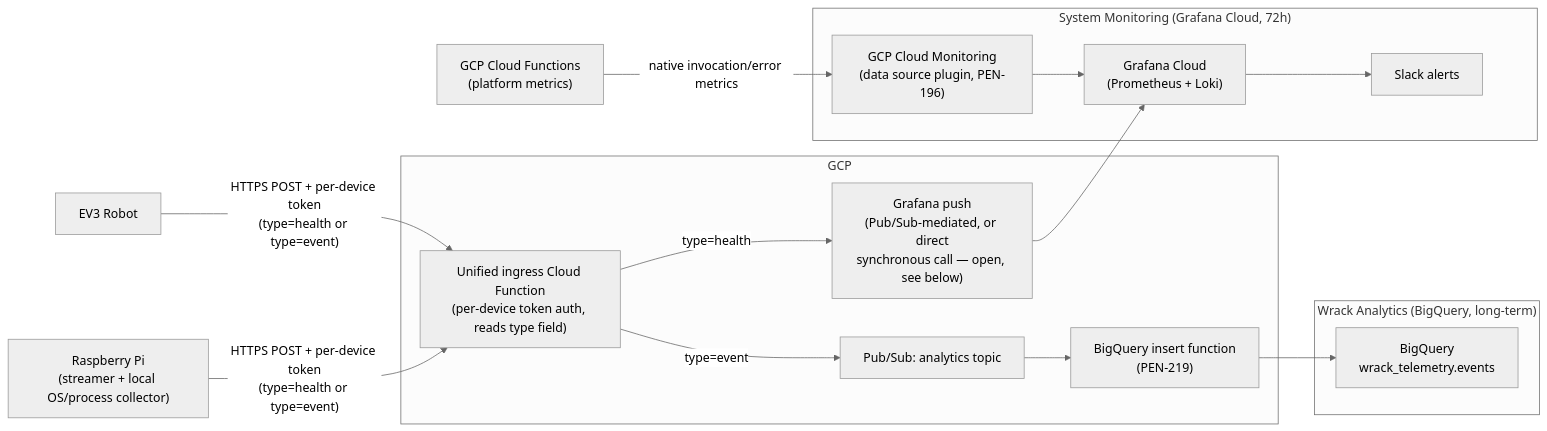
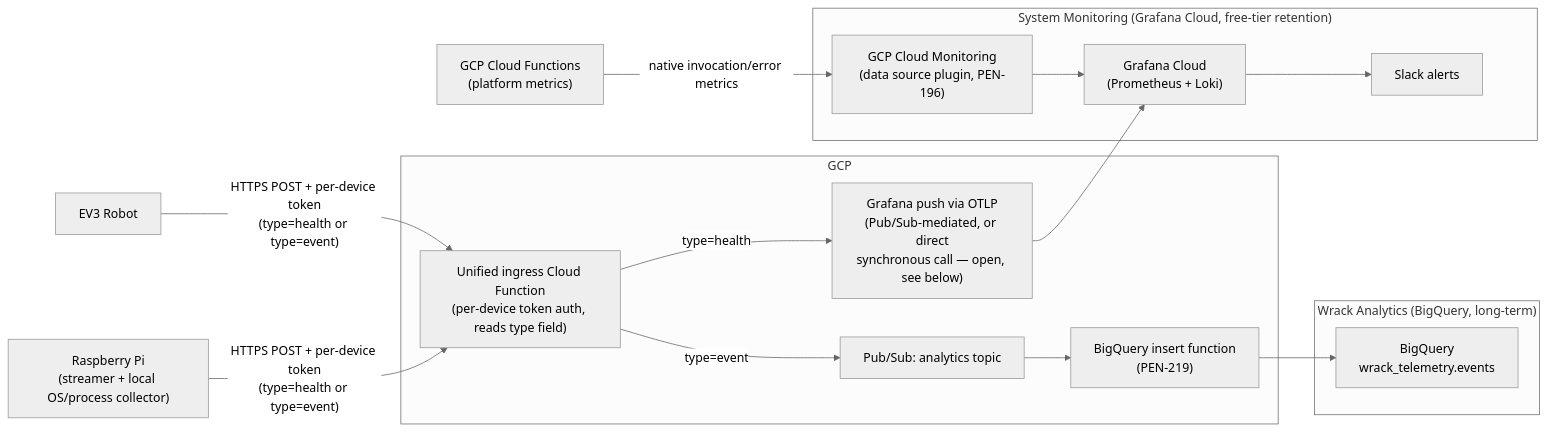
Before and after one commit to Pentagram-Software/wrack: the diagram in docs/monitoring/architecture.md, drawn with Mermaid (neutral theme). The commit also changed other lines of this file and 1 other file, not shown here.

Commit message:
ADaptation of the architecture post the architectural decisions on Grafana and GCP interaction/configuration

````diff
--- a/docs/monitoring/architecture.md
+++ b/docs/monitoring/architecture.md
@@ -31,33 +38,33 @@
 ```mermaid
 flowchart LR
     EV3["EV3 Robot"]
     Pi["Raspberry Pi\n(streamer + local OS/process collector)"]
 
     subgraph GCP["GCP"]
         Ingress["Unified ingress Cloud Function\n(per-device token auth, reads type field)"]
         TopicEvent["Pub/Sub: analytics topic"]
         FnBQ["BigQuery insert function\n(PEN-219)"]
-        FnHealth["Grafana push\n(Pub/Sub-mediated, or direct\nsynchronous call — open, see below)"]
+        FnHealth["Grafana push via OTLP\n(Pub/Sub-mediated, or direct\nsynchronous call — open, see below)"]
     end
 
-    subgraph Monitoring["System Monitoring (Grafana Cloud, 72h)"]
+    subgraph Monitoring["System Monitoring (Grafana Cloud, free-tier retention)"]
         Grafana["Grafana Cloud\n(Prometheus + Loki)"]
         GCM["GCP Cloud Monitoring\n(data source plugin, PEN-196)"]
         Slack["Slack alerts"]
     end
 
     subgraph Analytics["Wrack Analytics (BigQuery, long-term)"]
         BQ["BigQuery\nwrack_telemetry.events"]
     end
 
     CF["GCP Cloud Functions\n(platform metrics)"]
 
     EV3 -- "HTTPS POST + per-device token\n(type=health or type=event)" --> Ingress
     Pi -- "HTTPS POST + per-device token\n(type=health or type=event)" --> Ingress
 
     Ingress -- "type=event" --> TopicEvent --> FnBQ --> BQ
     Ingress -- "type=health" --> FnHealth --> Grafana
 
     CF -- "native invocation/error metrics" --> GCM --> Grafana
     Grafana --> Slack
 ```
````
